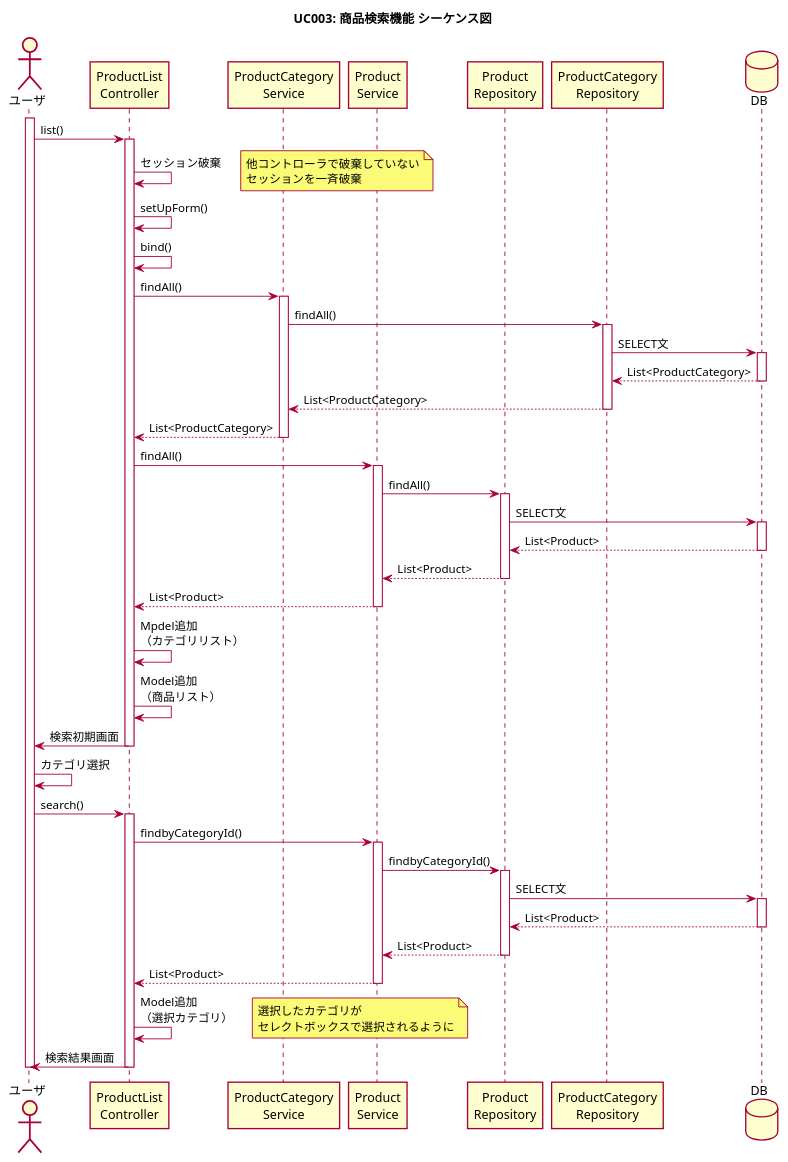
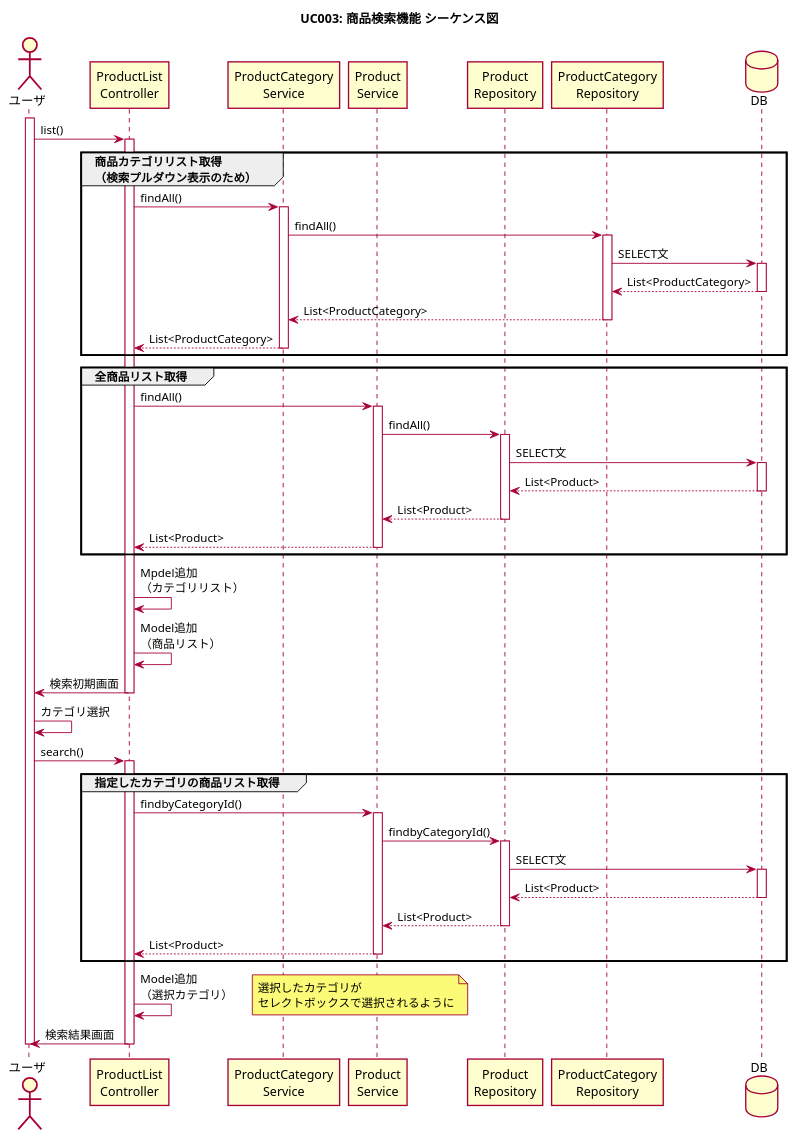
Before and after one commit to imagepit/fullness-ec: the diagram in plan/diagram/sequence/uc003_product_search.puml, drawn with PlantUML. The commit also changed 5 other files, not shown here.

Commit message:
シーケンス図を修正

```diff
--- a/plan/diagram/sequence/uc003_product_search.puml
+++ b/plan/diagram/sequence/uc003_product_search.puml
@@ -1,51 +1,53 @@
 @startuml
 skin rose
 title UC003: 商品検索機能 シーケンス図
 skinparam shadowing false
 
 actor ユーザ as user
 activate user
 participant "ProductList\nController" as controller
 participant "ProductCategory\nService" as svc1
 participant "Product\nService" as svc2
 participant "Product\nRepository" as repo1
 participant "ProductCategory\nRepository" as repo2
 database "DB" as db
 
 ' 検索初期画面
 user -> controller ++ : list()
-controller -> controller : セッション破棄
-note right: 他コントローラで破棄していない\nセッションを一斉破棄
-controller -> controller : setUpForm()
-controller -> controller : bind()
-controller -> svc1 ++ : findAll()
-svc1 -> repo2 ++ : findAll()
-repo2 -> db ++ : SELECT文
-db --> repo2 -- : List<ProductCategory>
-repo2 --> svc1 -- : List<ProductCategory>
-svc1 --> controller -- : List<ProductCategory>
-controller -> svc2 ++ : findAll()
-svc2 -> repo1 ++ : findAll()
-repo1 -> db ++ : SELECT文
-db --> repo1 -- : List<Product>
-repo1 --> svc2 -- : List<Product>
-svc2 --> controller -- : List<Product>
+group 商品カテゴリリスト取得\n（検索プルダウン表示のため）
+    controller -> svc1 ++ : findAll()
+    svc1 -> repo2 ++ : findAll()
+    repo2 -> db ++ : SELECT文
+    db --> repo2 -- : List<ProductCategory>
+    repo2 --> svc1 -- : List<ProductCategory>
+    svc1 --> controller -- : List<ProductCategory>
+end 
+group 全商品リスト取得
+    controller -> svc2 ++ : findAll()
+    svc2 -> repo1 ++ : findAll()
+    repo1 -> db ++ : SELECT文
+    db --> repo1 -- : List<Product>
+    repo1 --> svc2 -- : List<Product>
+    svc2 --> controller -- : List<Product>
+end
 controller -> controller : Mpdel追加\n（カテゴリリスト）
 controller -> controller : Model追加\n（商品リスト）
 controller -> user -- : 検索初期画面
 
 ' 検索結果画面
 user -> user : カテゴリ選択
 user -> controller ++ : search()
+group 指定したカテゴリの商品リスト取得
 controller -> svc2 ++ : findbyCategoryId()
 svc2 -> repo1 ++ : findbyCategoryId()
 repo1 -> db ++ : SELECT文
 db --> repo1 -- : List<Product>
 repo1 --> svc2 -- : List<Product>
 svc2 --> controller -- : List<Product>
+end
 controller -> controller : Model追加\n（選択カテゴリ）
 note right: 選択したカテゴリが\nセレクトボックスで選択されるように
 controller -> user -- : 検索結果画面
 
 deactivate user
 @enduml
```
